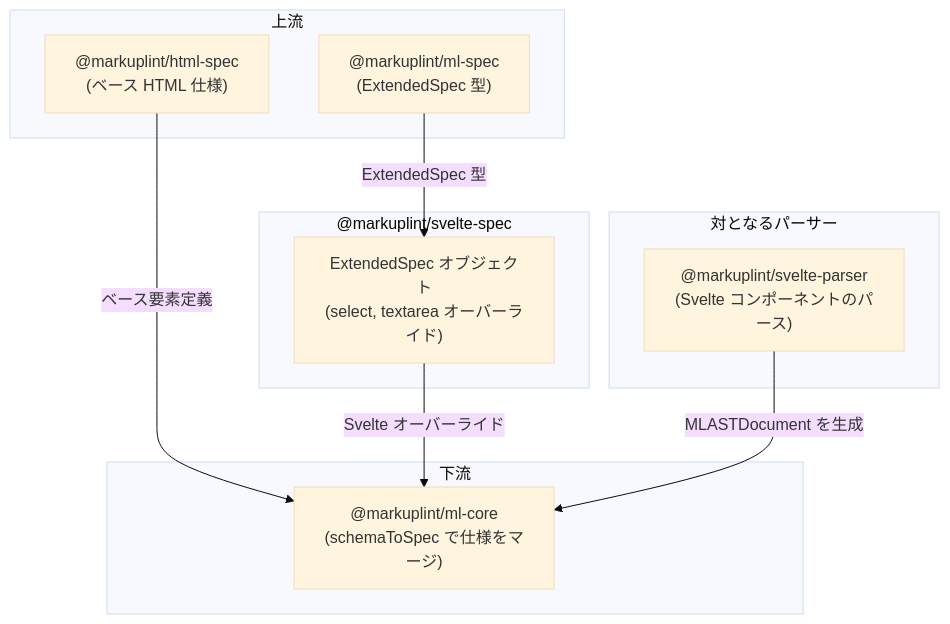
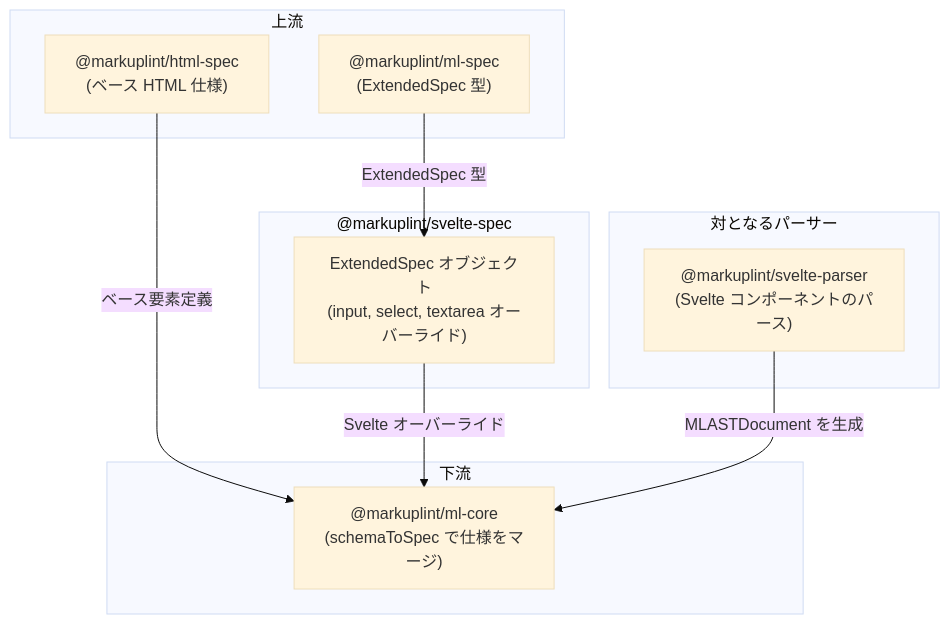
One commit to markuplint/markuplint changed the diagram in packages/@markuplint/svelte-spec/ARCHITECTURE.ja.md. Above: the diagram before and after it, drawn with Mermaid (base theme). The commit also changed other lines of this file and 1 other file, not shown here.

First line of the commit message:
docs(svelte-spec): update architecture docs to reflect IDL property attributes

````diff
--- a/packages/@markuplint/svelte-spec/ARCHITECTURE.ja.md
+++ b/packages/@markuplint/svelte-spec/ARCHITECTURE.ja.md
@@ -35,24 +40,24 @@
 ```mermaid
 flowchart TD
     subgraph upstream ["上流"]
         htmlSpec["@markuplint/html-spec\n(ベース HTML 仕様)"]
         mlSpec["@markuplint/ml-spec\n(ExtendedSpec 型)"]
     end
 
     subgraph pkg ["@markuplint/svelte-spec"]
-        spec["ExtendedSpec オブジェクト\n(select, textarea オーバーライド)"]
+        spec["ExtendedSpec オブジェクト\n(input, select, textarea オーバーライド)"]
     end
 
     subgraph downstream ["下流"]
         mlCore["@markuplint/ml-core\n(schemaToSpec で仕様をマージ)"]
     end
 
     subgraph paired ["対となるパーサー"]
         svelteParser["@markuplint/svelte-parser\n(Svelte コンポーネントのパース)"]
     end
 
     mlSpec -->|"ExtendedSpec 型"| spec
     htmlSpec -->|"ベース要素定義"| mlCore
     spec -->|"Svelte オーバーライド"| mlCore
     svelteParser -->|"MLASTDocument を生成"| mlCore
 ```
````
